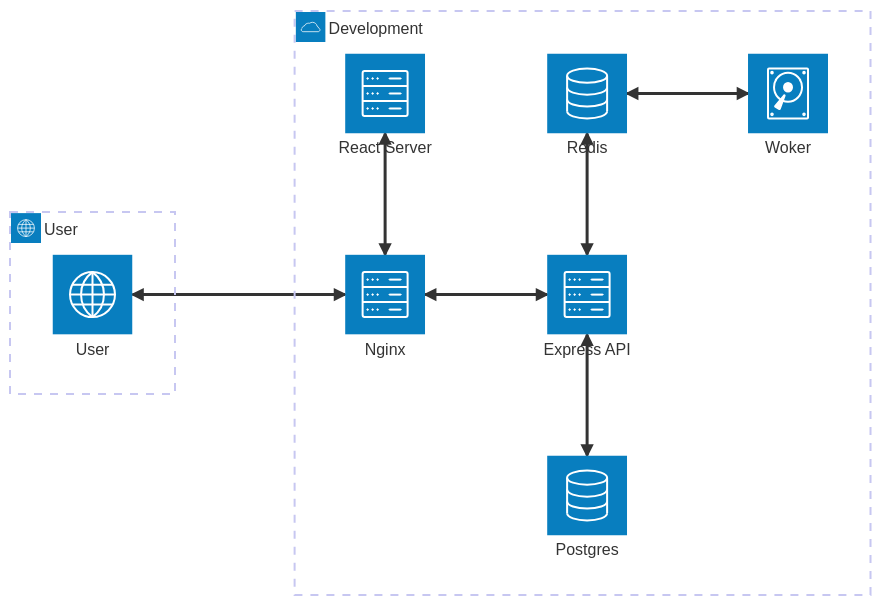
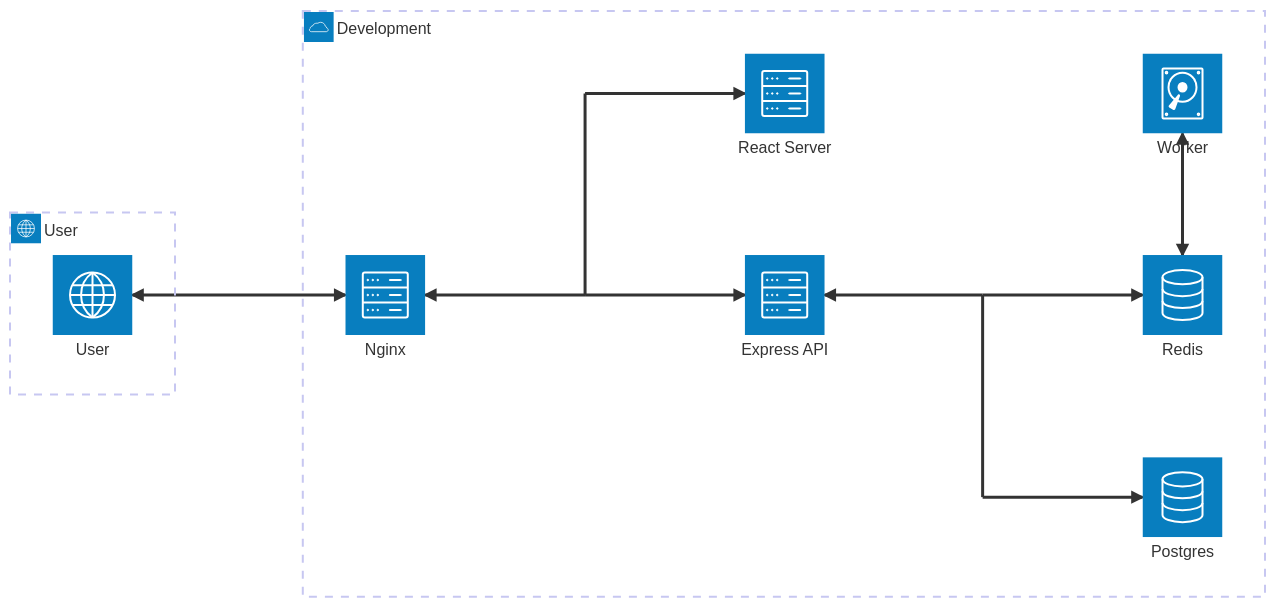
The diagram in README.md (sfdeloach/docker), drawn with Mermaid before and after one commit. The commit also changed 1 other file, not shown here.

Commit message:
mermaid edits

````diff
--- a/README.md
+++ b/README.md
@@ -402,20 +402,29 @@
 ```mermaid
 architecture-beta
     group dev(cloud)[Development]
     group user(internet)[User]
 
     service frontend(internet)[User] in user
     service nginx(server)[Nginx] in dev
     service express(server)[Express API] in dev
     service react(server)[React Server] in dev
     service cache(database)[Redis] in dev
     service rdbms(database)[Postgres] in dev
-    service worker(disk)[Woker] in dev
+    service worker(disk)[Worker] in dev
+
+    junction node_topleft in dev
+    junction node_botleft in dev
+    junction node_topright in dev
+    junction node_botright in dev
 
     frontend:R <--> L:nginx
-    nginx:T <--> B:react
-    nginx:R <--> L:express
-    express:T <--> B:cache
-    express:B <--> T:rdbms
-    cache:R <--> L:worker
+    nginx:R <-- L:node_botleft
+    react:L <-- R:node_topleft
+    node_topleft:B -- T:node_botleft
+    express:L <-- R:node_botleft
+    express:R <-- L:node_topright
+    cache:L <-- R:node_topright
+    node_topright:B -- T:node_botright
+    rdbms:L <-- R:node_botright
+    worker:B <--> T:cache
 ```
````
